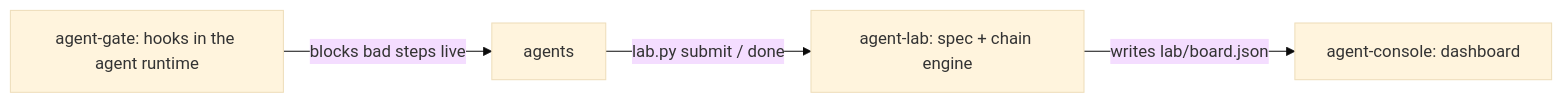
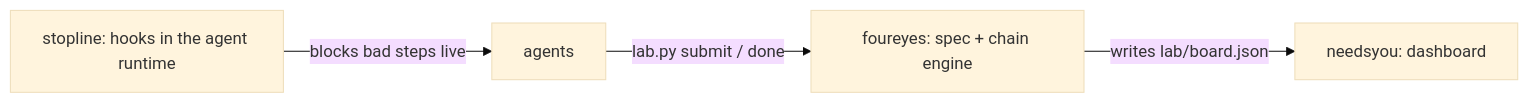
One commit to dmitrykarpushkin/foureyes changed the second of 2 diagrams in README.md. Above: the diagram before and after it, drawn with Mermaid (base theme). The commit also changed other lines of this file and 2 other files, not shown here.

First line of the commit message:
Rename to foureyes

````diff
--- a/README.md
+++ b/README.md
@@ -280,6 +280,6 @@
 ```mermaid
 flowchart LR
-    G[agent-gate: hooks in the agent runtime] -->|blocks bad steps live| A[agents]
-    A -->|lab.py submit / done| L[agent-lab: spec + chain engine]
-    L -->|writes lab/board.json| C[agent-console: dashboard]
+    G[stopline: hooks in the agent runtime] -->|blocks bad steps live| A[agents]
+    A -->|lab.py submit / done| L[foureyes: spec + chain engine]
+    L -->|writes lab/board.json| C[needsyou: dashboard]
 ```
````
